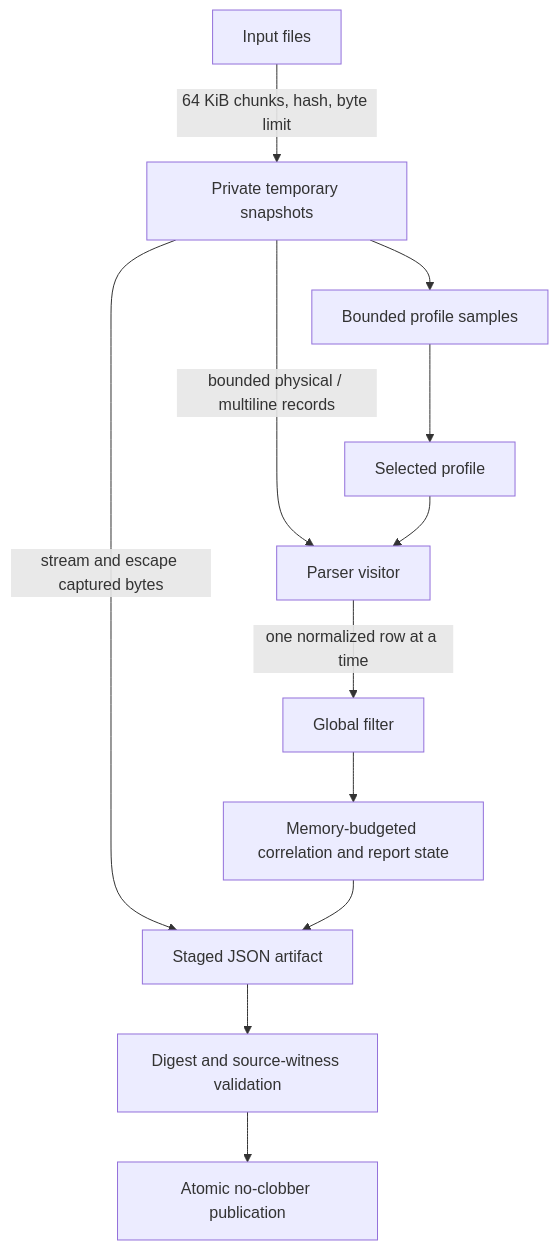
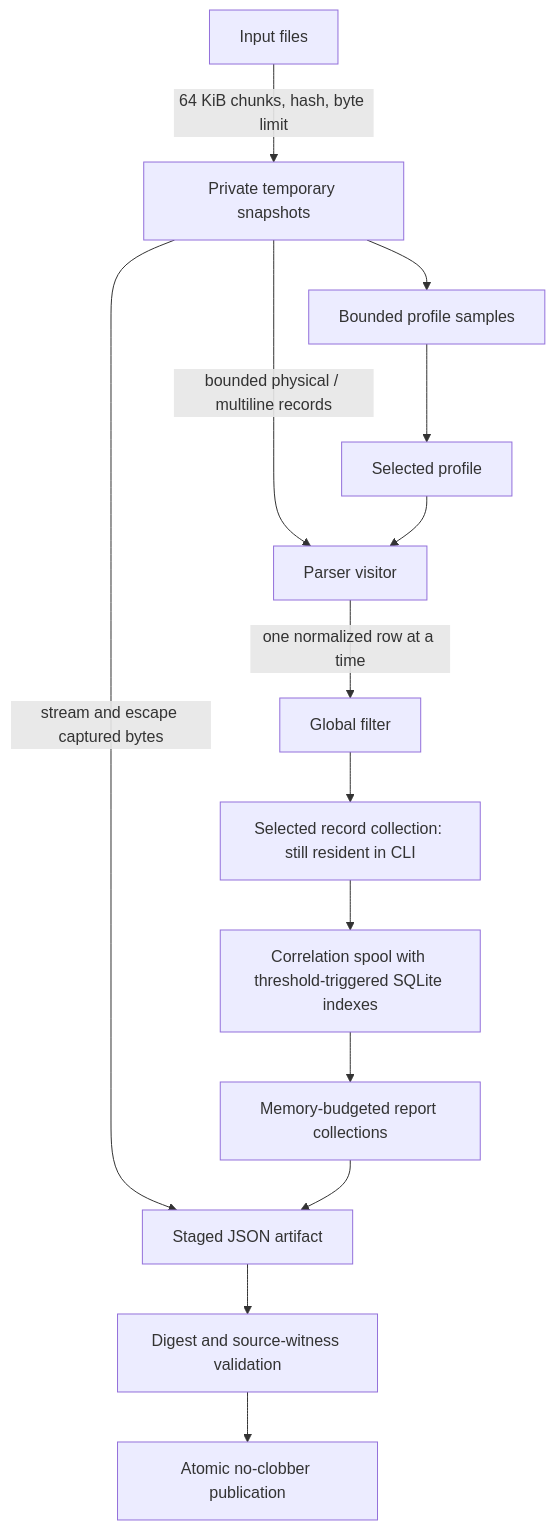
The diagram in docs/design/streaming-pipeline.md (eirenik0/log-analyzer), drawn with Mermaid before and after one commit. The commit also changed other lines of this file and 19 other files, not shown here.

````diff
--- a/docs/design/streaming-pipeline.md
+++ b/docs/design/streaming-pipeline.md
@@ -6,14 +6,16 @@
 ```mermaid
 flowchart TD
     A[Input files] -->|64 KiB chunks, hash, byte limit| B[Private temporary snapshots]
     B --> C[Bounded profile samples]
     C --> D[Selected profile]
     B -->|bounded physical / multiline records| E[Parser visitor]
     D --> E
     E -->|one normalized row at a time| F[Global filter]
-    F --> G[Memory-budgeted correlation and report state]
+    F --> P[Selected record collection: still resident in CLI]
+    P --> G[Correlation spool with threshold-triggered SQLite indexes]
+    G --> R[Memory-budgeted report collections]
     B -->|stream and escape captured bytes| H[Staged JSON artifact]
-    G --> H
+    R --> H
     H --> I[Digest and source-witness validation]
     I --> J[Atomic no-clobber publication]
 ```
````
